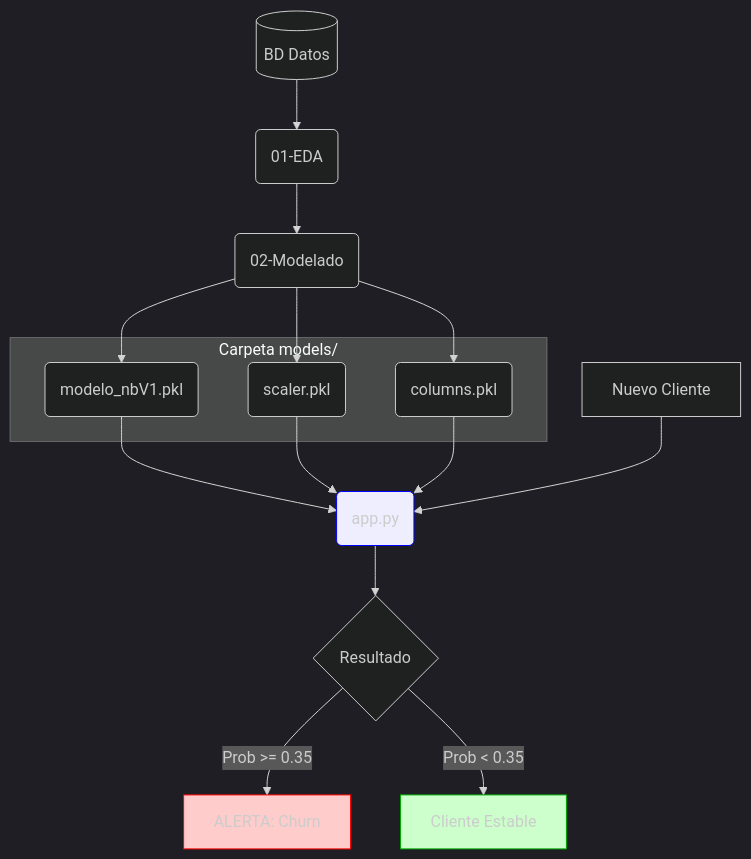
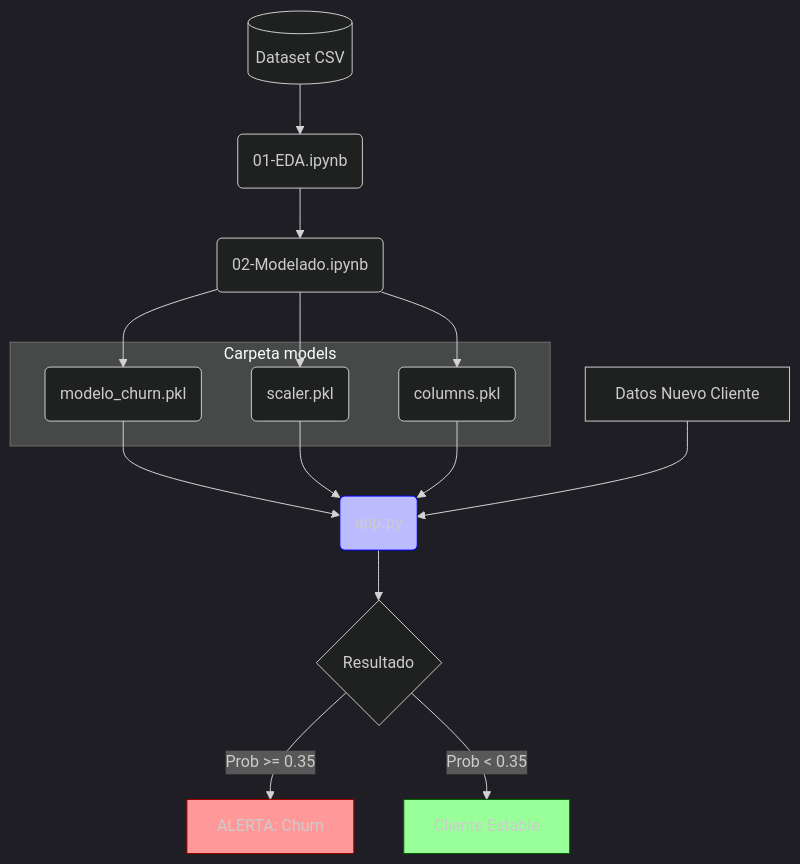
One commit to JuanManuelResquin84/Portafolio_03_Proyecto_AndesLink_MLOps changed the diagram in README.md. Above: the diagram before and after it, drawn with Mermaid. The commit also changed other lines of this file, not shown here.

````diff
--- a/README.md
+++ b/README.md
@@ -22,29 +23,61 @@
 ```mermaid
+
 %%{init: {'theme': 'dark'}}%%
+
 graph TD
-    %% Nodos principales
-    Data[(BD Datos)] --> EDA(01-EDA)
-    EDA --> Model(02-Modelado)
-    
-    %% Artefactos
-    subgraph Modelos ["Carpeta models/"]
-        P1(modelo_nbV1.pkl)
+
+    %% Flujo Principal
+
+    DATA[(Dataset CSV)] --> EDA(01-EDA.ipynb)
+
+    EDA --> MODEL(02-Modelado.ipynb)
+
+   
+
+    %% Guardado de Archivos
+
+    subgraph Modelos [Carpeta models]
+
+        P1(modelo_churn.pkl)
+
         P2(scaler.pkl)
+
         P3(columns.pkl)
+
     end
 
-    Model --> P1 & P2 & P3
-    
-    %% Inferencia
-    P1 & P2 & P3 --> App(app.py)
-    New[Nuevo Cliente] --> App
-    App --> Res{Resultado}
-    
-    Res -->|Prob >= 0.35| Alert[ALERTA: Churn]
-    Res -->|Prob < 0.35| OK[Cliente Estable]
+    MODEL --> P1
 
-    %% Estilos básicos
-    style Alert fill:#fcc,stroke:#f00
-    style OK fill:#cfc,stroke:#0a0
-    style App fill:#eef,stroke:#00f
+    MODEL --> P2
+
+    MODEL --> P3
+
+
+
+    %% Proceso de Inferencia
+
+    P1 & P2 & P3 --> APP(app.py)
+
+    CLIENTE[Datos Nuevo Cliente] --> APP
+
+   
+
+    %% Decisiones
+
+    APP --> RES{Resultado}
+
+    RES -->|Prob >= 0.35| ALERTA[ALERTA: Churn]
+
+    RES -->|Prob < 0.35| OK[Cliente Estable]
+
+
+
+    %% Colores para resaltar
+
+    style ALERTA fill:#f99,stroke:#900
+
+    style OK fill:#9f9,stroke:#060
+
+    style APP fill:#bbf,stroke:#00f
+
 ```
````
